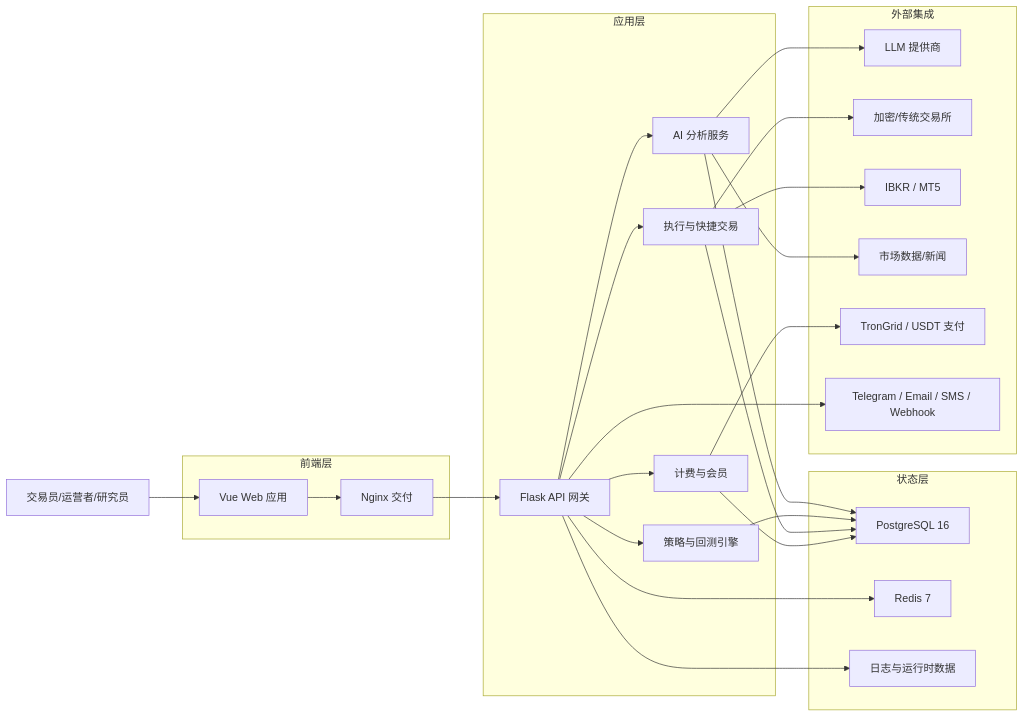
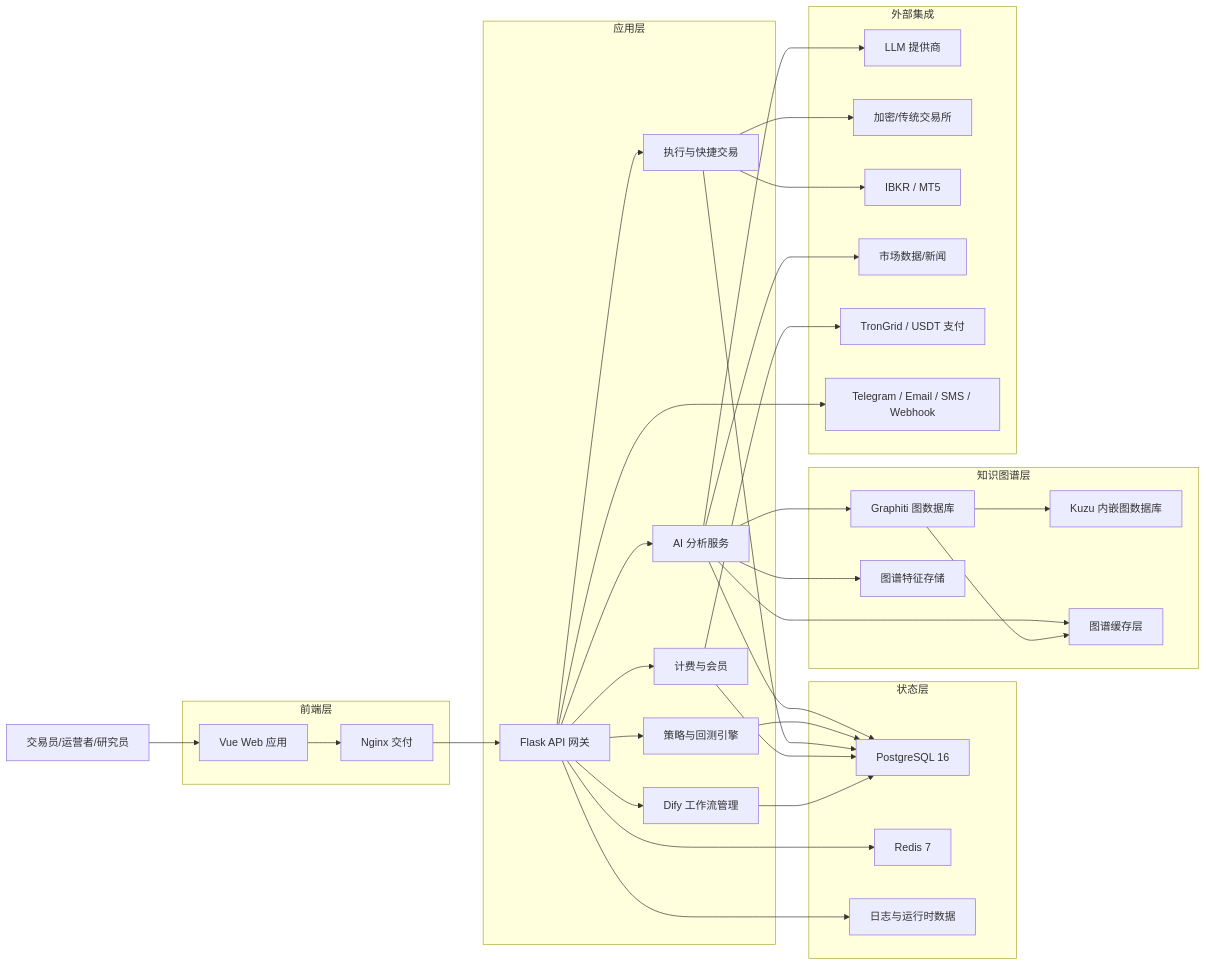
One commit to joezxh/QuantDinger changed the second of 9 diagrams in .qoder/repowiki/zh/content/项目概述/系统架构概览.md. Above: the diagram before and after it, drawn with Mermaid. The commit also changed other lines of this file and 27 other files, not shown here.

````diff
--- a/.qoder/repowiki/zh/content/项目概述/系统架构概览.md
+++ b/.qoder/repowiki/zh/content/项目概述/系统架构概览.md
@@ -128,45 +177,59 @@
 ```mermaid
 flowchart LR
 U["交易员/运营者/研究员"]
 subgraph "前端层"
 WEB["Vue Web 应用"]
 NG["Nginx 交付"]
 end
 subgraph "应用层"
 API["Flask API 网关"]
 AI["AI 分析服务"]
 STRAT["策略与回测引擎"]
 EXEC["执行与快捷交易"]
 BILL["计费与会员"]
+DIFY["Dify 工作流管理"]
 end
 subgraph "状态层"
 PG["PostgreSQL 16"]
 REDIS["Redis 7"]
 FILES["日志与运行时数据"]
+end
+subgraph "知识图谱层"
+GRAPHITI["Graphiti 图数据库"]
+KUZU["Kuzu 内嵌图数据库"]
+CACHE["图谱缓存层"]
+FEATURES["图谱特征存储"]
 end
 subgraph "外部集成"
 LLM["LLM 提供商"]
 EXCH["加密/传统交易所"]
 BROKER["IBKR / MT5"]
 MARKET["市场数据/新闻"]
 PAY["TronGrid / USDT 支付"]
 NOTIFY["Telegram / Email / SMS / Webhook"]
 end
 U --> WEB --> NG --> API
 API --> AI
 API --> STRAT
 API --> EXEC
 API --> BILL
+API --> DIFY
 AI --> PG
+AI --> GRAPHITI
+AI --> CACHE
+AI --> FEATURES
 STRAT --> PG
 EXEC --> PG
 BILL --> PG
+DIFY --> PG
 API --> REDIS
 API --> FILES
 AI --> LLM
 AI --> MARKET
 EXEC --> EXCH
 EXEC --> BROKER
 BILL --> PAY
 API --> NOTIFY
+GRAPHITI --> KUZU
+GRAPHITI --> CACHE
 ```
````
